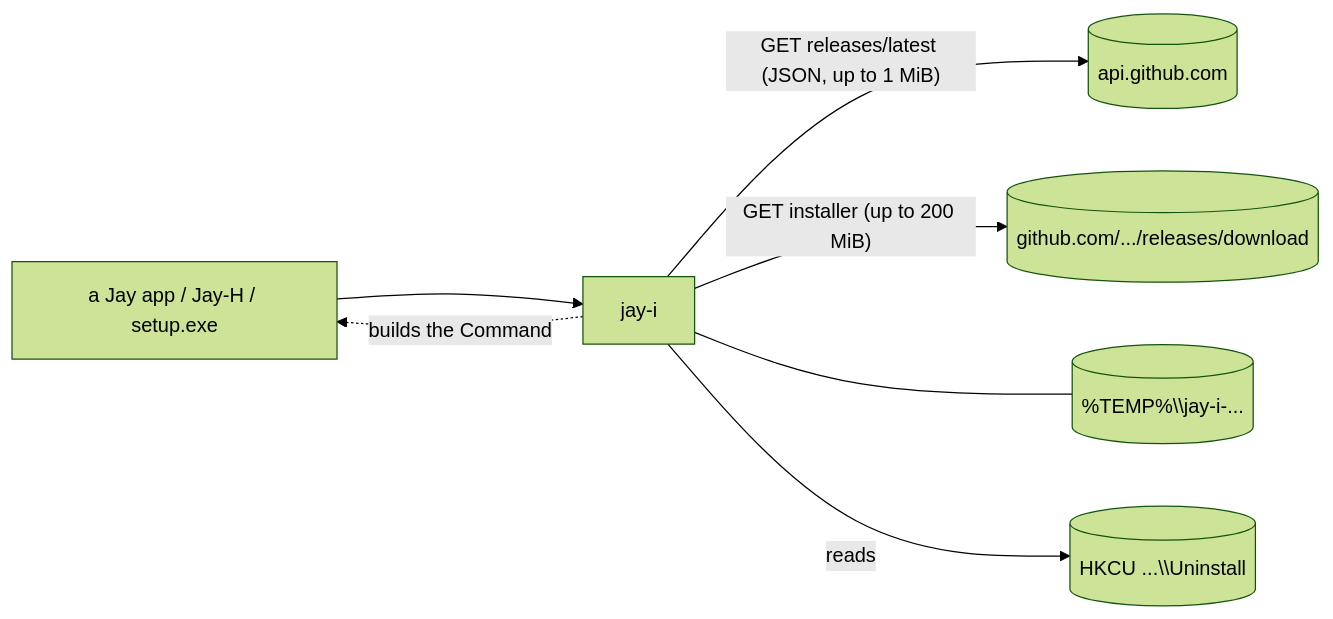
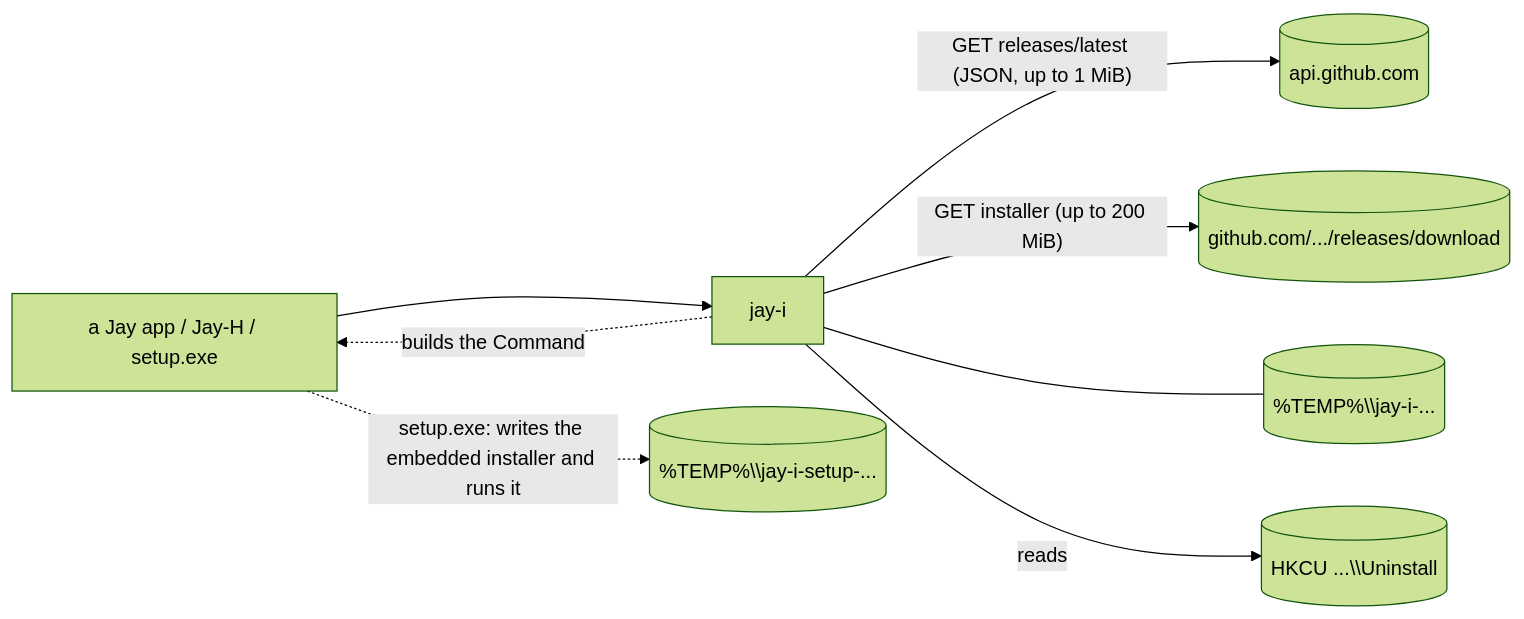
The diagram in docs/ARQUITETURA.en.md (TyxMatty/Jay-I), drawn with Mermaid (forest theme) before and after one commit. The commit also changed other lines of this file and 20 other files, not shown here.

````diff
--- a/docs/ARQUITETURA.en.md
+++ b/docs/ARQUITETURA.en.md
@@ -15,9 +15,10 @@
 ```mermaid
 flowchart LR
   APP["a Jay app / Jay-H / setup.exe"] --> JI["jay-i"]
   JI -- "GET releases/latest (JSON, up to 1 MiB)" --> API[("api.github.com")]
   JI -- "GET installer (up to 200 MiB)" --> GH[("github.com/.../releases/download")]
   JI --- TMP[("%TEMP%\\jay-i-...")]
   JI -- "reads" --> REG[("HKCU ...\\Uninstall")]
   JI -. "builds the Command" .-> APP
+  APP -. "setup.exe: writes the embedded installer and runs it" .-> PAY[("%TEMP%\\jay-i-setup-...")]
 ```
````
